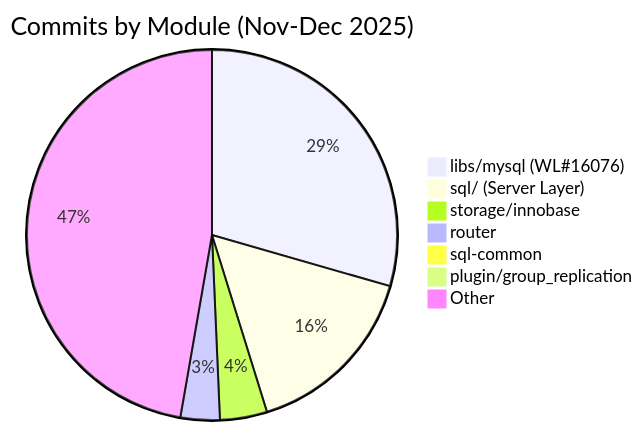
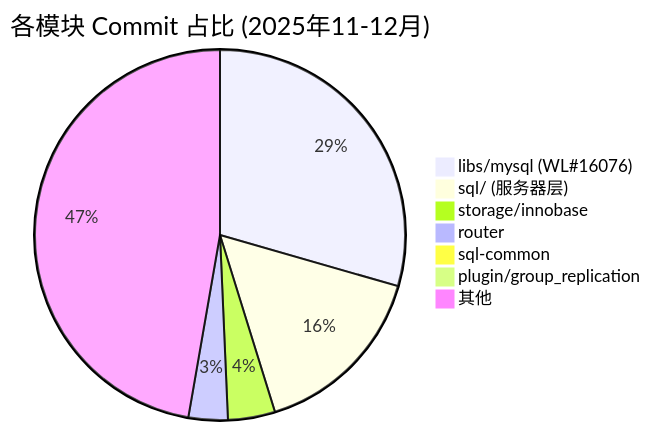
The diagram in notes/2026-05-16-mysql-trunk-dev-activity-analysis.md (Aqiu16717/mysql-notes), drawn with Mermaid before and after one commit. The commit also changed other lines of this file, not shown here.

````diff
--- a/notes/2026-05-16-mysql-trunk-dev-activity-analysis.md
+++ b/notes/2026-05-16-mysql-trunk-dev-activity-analysis.md
@@ -21,10 +21,10 @@
 ```mermaid
-pie title Commits by Module (Nov-Dec 2025)
+pie title 各模块 Commit 占比 (2025年11-12月)
     "libs/mysql (WL#16076)" : 43
-    "sql/ (Server Layer)" : 23
+    "sql/ (服务器层)" : 23
     "storage/innobase" : 6
     "router" : 5
     "sql-common" : 1
     "plugin/group_replication" : 1
-    "Other" : 69
+    "其他" : 69
 ```
````
